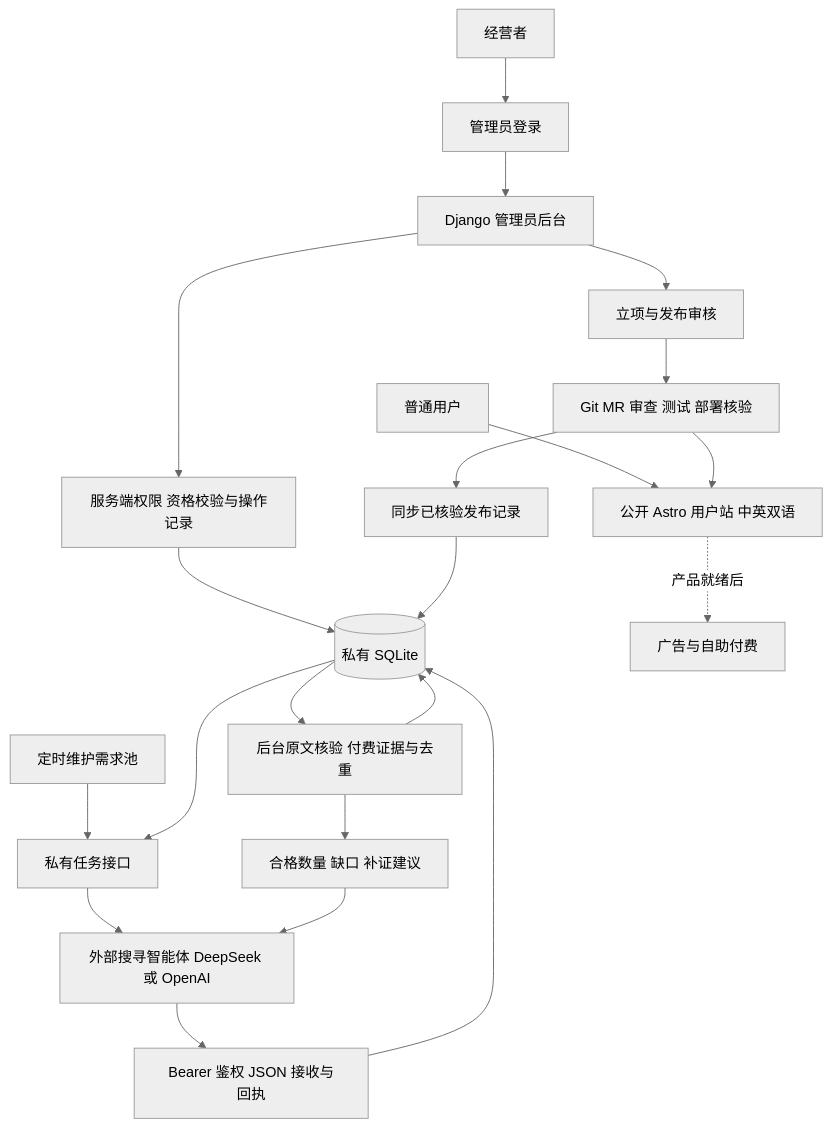
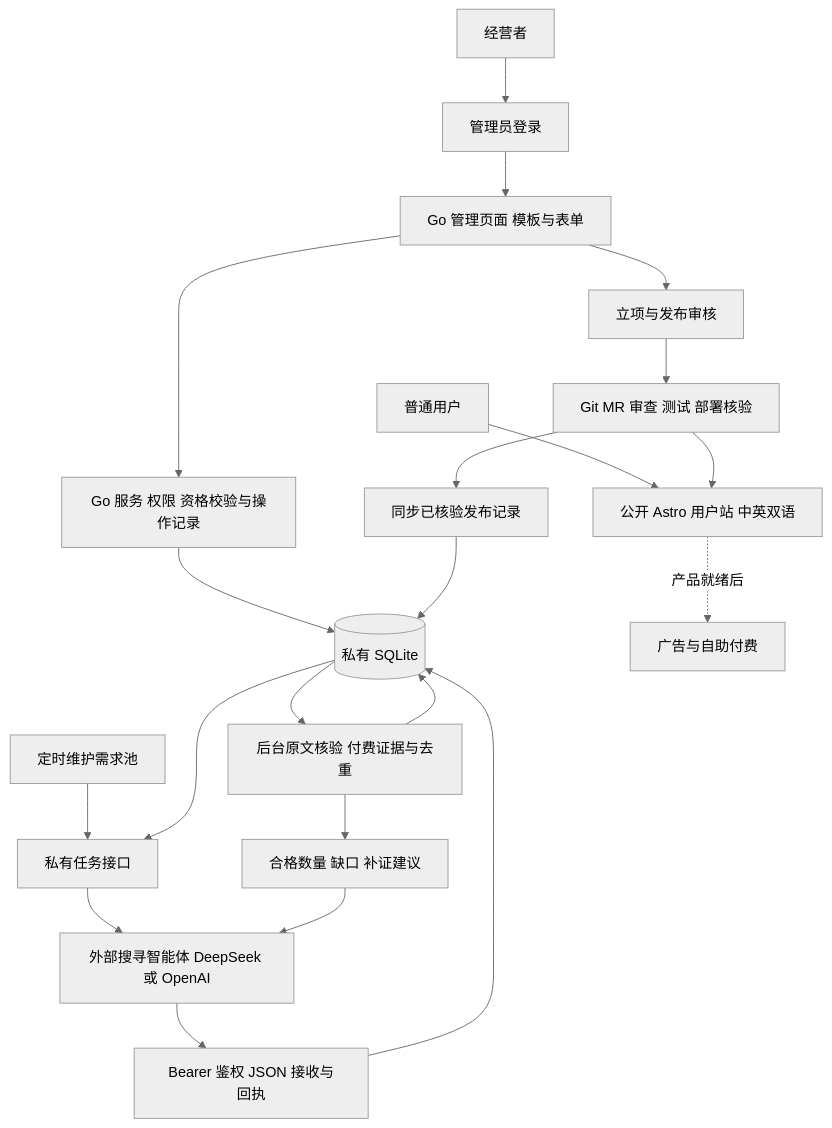
One commit to yyl1212/creative changed the diagram in docs/superpowers/specs/2026-11-08-creative-platform-design.md. Above: the diagram before and after it, drawn with Mermaid (neutral theme). The commit also changed other lines of this file and 1 other file, not shown here.

````diff
--- a/docs/superpowers/specs/2026-11-08-creative-platform-design.md
+++ b/docs/superpowers/specs/2026-11-08-creative-platform-design.md
@@ -132,23 +161,23 @@
 ```mermaid
 flowchart TB
     U[普通用户] --> WEB[公开 Astro 用户站 中英双语]
     OWNER[经营者] --> LOGIN[管理员登录]
-    LOGIN --> ADMIN[Django 管理员后台]
-    ADMIN --> ACTION[服务端权限 资格校验与操作记录]
+    LOGIN --> ADMIN[Go 管理页面 模板与表单]
+    ADMIN --> ACTION[Go 服务 权限 资格校验与操作记录]
     ACTION --> DB[(私有 SQLite)]
     T[定时维护需求池] --> TASK[私有任务接口]
     DB --> TASK
     TASK --> AG[外部搜寻智能体 DeepSeek 或 OpenAI]
     AG --> INTAKE[Bearer 鉴权 JSON 接收与回执]
     INTAKE --> DB
     DB --> VERIFY[后台原文核验 付费证据与去重]
     VERIFY --> RESULT[合格数量 缺口 补证建议]
     RESULT --> AG
     VERIFY --> DB
     ADMIN --> APPROVE[立项与发布审核]
     APPROVE --> GIT[Git MR 审查 测试 部署核验]
     GIT --> WEB
     GIT --> SYNC[同步已核验发布记录]
     SYNC --> DB
     WEB -. 产品就绪后 .-> BUSINESS[广告与自助付费]
 ```
````
